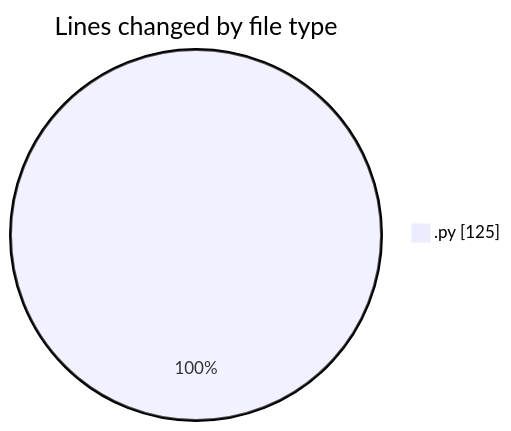
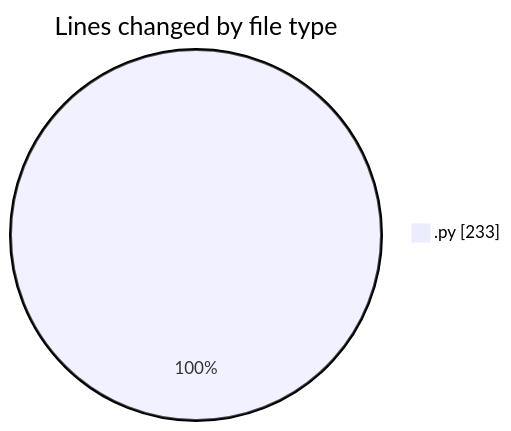
The first of 2 diagrams in 2025-03-30/myws__workspace_/README.md (MatusMokan/code-tracking), drawn with Mermaid before and after one commit. The commit also changed other lines of this file and 1 other file, not shown here.

````diff
--- a/2025-03-30/myws__workspace_/README.md
+++ b/2025-03-30/myws__workspace_/README.md
@@ -20,5 +20,5 @@
 ```mermaid
 pie showData
 title Lines changed by file type
-".py" : 125
+".py" : 233
 ```
````
